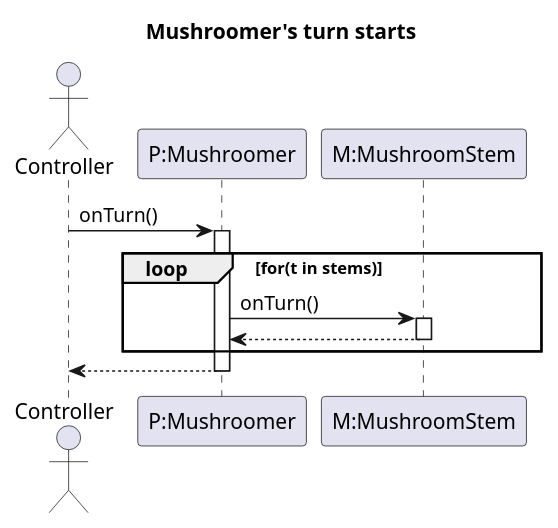
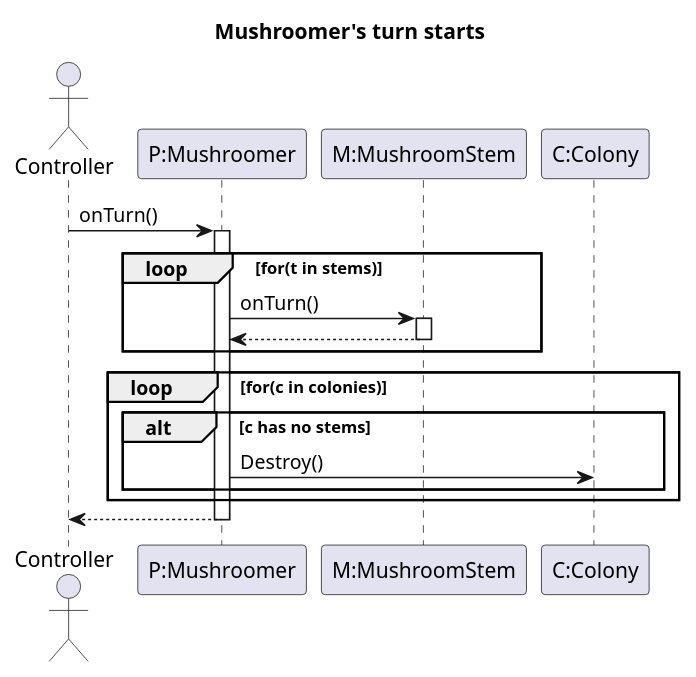
Before and after one commit to Petya-G/fungorium: the diagram in 3/sequence/startTurn_mushroomer.puml, drawn with PlantUML.

Commit message:
# kill threads with no stems in mushroomer onTurn

```diff
--- a/3/sequence/startTurn_mushroomer.puml
+++ b/3/sequence/startTurn_mushroomer.puml
@@ -1,22 +1,29 @@
 @startuml startTurn_mushroomer
 title Mushroomer's turn starts
 
 actor Controller
 participant "P:Mushroomer" as P
 participant "M:MushroomStem" as M
+participant "C:Colony" as C
 'participant ""
 
 Controller -> P : onTurn()
 activate P
 
     loop for(t in stems)
         P -> M : onTurn()
         activate M
         P <-- M
         deactivate M 
     end
 
+    loop for(c in colonies)
+        alt c has no stems
+            P -> C : Destroy()
+        end
+    end
+
 Controller <-- P
 deactivate P
 
 @enduml
```
